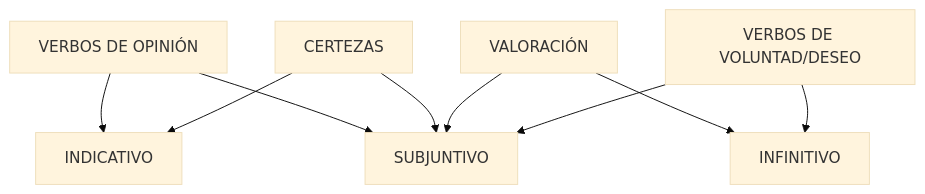
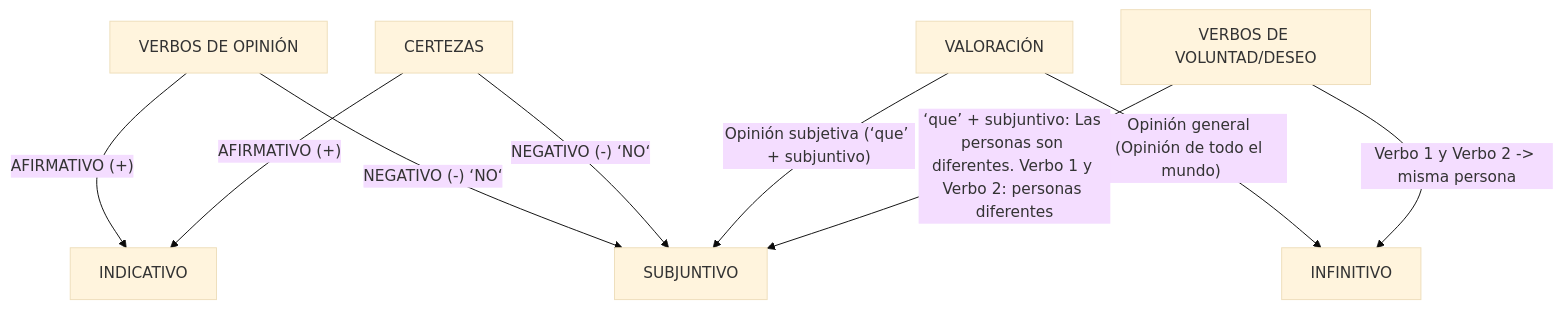
One commit to bibenga/docker-django-play changed the first of 2 diagrams in test.md. Above: the diagram before and after it, drawn with Mermaid (base theme).

````diff
--- a/test.md
+++ b/test.md
@@ -3,18 +3,18 @@
 ```mermaid
 flowchart
     OPINIÓN[VERBOS DE OPINIÓN]
-    OPINIÓN --> INDICATIVO
-    OPINIÓN --> SUBJUNTIVO
+    OPINIÓN -- "AFIRMATIVO (+)" --> INDICATIVO
+    OPINIÓN -- "NEGATIVO (-) ‘NO‘" --> SUBJUNTIVO
     
     CERTEZAS
-    CERTEZAS --> INDICATIVO
-    CERTEZAS --> SUBJUNTIVO
+    CERTEZAS -- "AFIRMATIVO (+)" --> INDICATIVO
+    CERTEZAS -- "NEGATIVO (-) ‘NO‘" --> SUBJUNTIVO
     
     VALORACIÓN
-    VALORACIÓN --> INFINITIVO
-    VALORACIÓN --> SUBJUNTIVO
+    VALORACIÓN -- "Opinión general (Opinión de todo el mundo)" --> INFINITIVO
+    VALORACIÓN -- "Opinión subjetiva (‘que’ + subjuntivo)" --> SUBJUNTIVO
 
-    DESEO[VERBOS DE VOLUNTAD/DESEO]
-    DESEO --> INFINITIVO
-    DESEO --> SUBJUNTIVO
+    DESEO["VERBOS DE VOLUNTAD/DESEO"]
+    DESEO -- "Verbo 1 y Verbo 2 -> misma persona" --> INFINITIVO
+    DESEO -- "‘que’ + subjuntivo: Las personas son diferentes. Verbo 1 y Verbo 2: personas diferentes" --> SUBJUNTIVO
 ```
````
